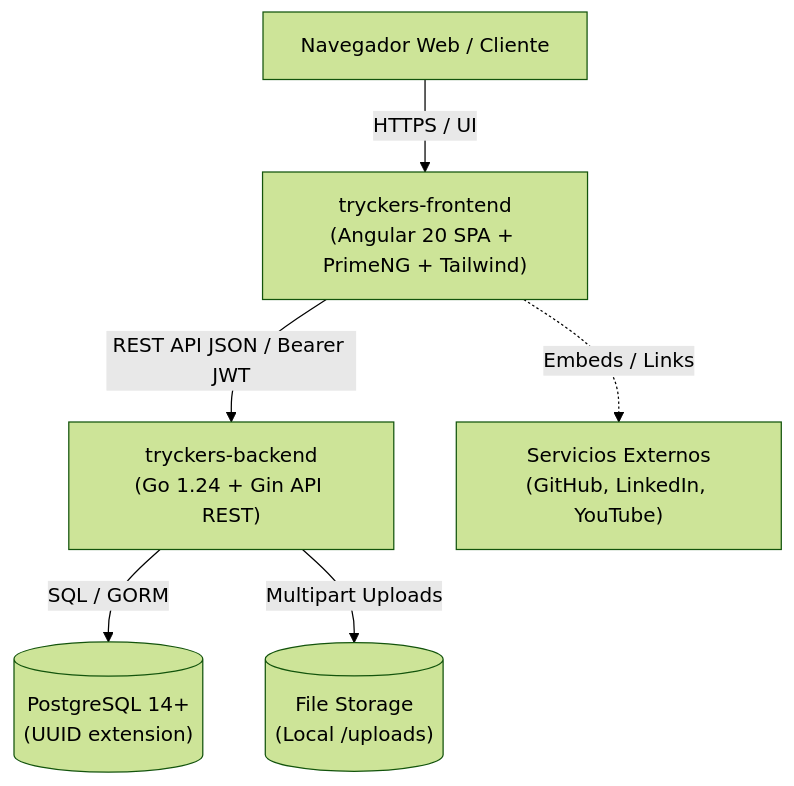
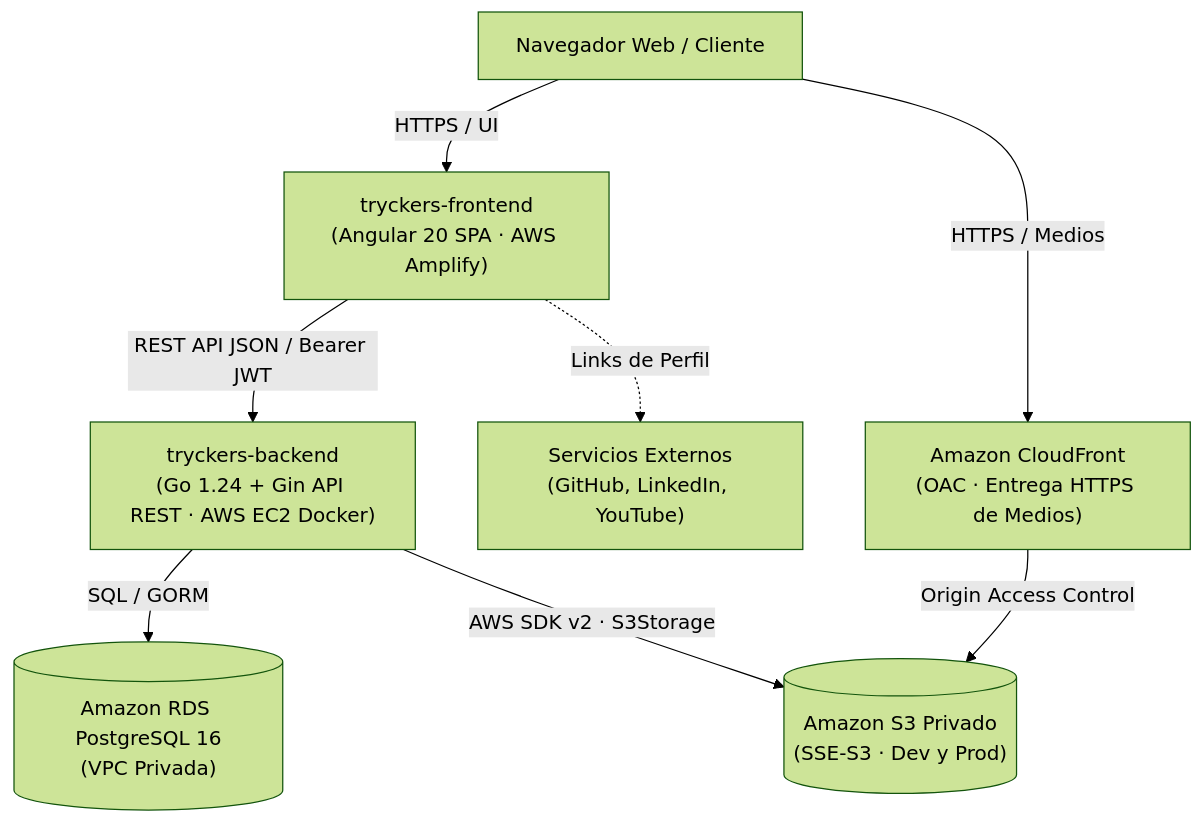
Before and after one commit to Trycatch-tv/tryckers-backend: the diagram in knowledge/tech/system/system-context.md, drawn with Mermaid (forest theme). The commit also changed other lines of this file and 1 other file, not shown here.

Commit message:
docs(kaddo): regenerate system topology and system context with AWS S3, CloudFront, RDS and Amplify

````diff
--- a/knowledge/tech/system/system-context.md
+++ b/knowledge/tech/system/system-context.md
@@ -19,15 +19,18 @@
 ```mermaid
 graph TD
     Client["Navegador Web / Cliente"]
-    Frontend["tryckers-frontend\n(Angular 20 SPA + PrimeNG + Tailwind)"]
-    Backend["tryckers-backend\n(Go 1.24 + Gin API REST)"]
-    DB[("PostgreSQL 14+\n(UUID extension)")]
-    Storage[("File Storage\n(Local /uploads)")]
+    Frontend["tryckers-frontend\n(Angular 20 SPA · AWS Amplify)"]
+    Backend["tryckers-backend\n(Go 1.24 + Gin API REST · AWS EC2 Docker)"]
+    DB[("Amazon RDS PostgreSQL 16\n(VPC Privada)")]
+    S3[("Amazon S3 Privado\n(SSE-S3 · Dev y Prod)")]
+    CDN["Amazon CloudFront\n(OAC · Entrega HTTPS de Medios)"]
     External["Servicios Externos\n(GitHub, LinkedIn, YouTube)"]
 
     Client -->|HTTPS / UI| Frontend
+    Client -->|HTTPS / Medios| CDN
     Frontend -->|REST API JSON / Bearer JWT| Backend
     Backend -->|SQL / GORM| DB
-    Backend -->|Multipart Uploads| Storage
-    Frontend -.->|Embeds / Links| External
+    Backend -->|AWS SDK v2 · S3Storage| S3
+    CDN -->|Origin Access Control| S3
+    Frontend -.->|Links de Perfil| External
 ```
````
